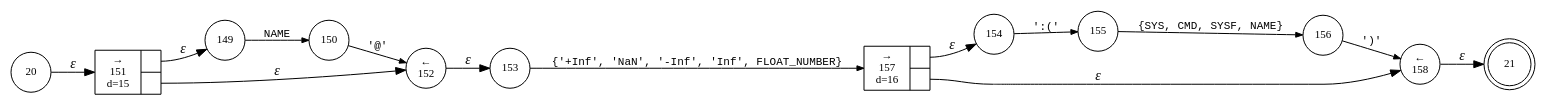
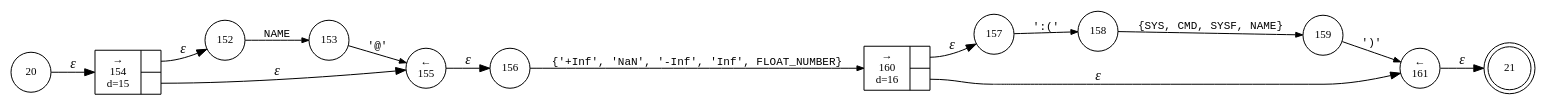
The diagram in internal/parser/Bund.float_term.dot (vulogov/Bund2), drawn with Graphviz before and after one commit. The commit also changed 205 other files, not shown here.

```diff
--- a/internal/parser/Bund.float_term.dot
+++ b/internal/parser/Bund.float_term.dot
@@ -1,28 +1,28 @@
 digraph ATN {
 rankdir=LR;
 s21[fontsize=11, label="21", shape=doublecircle, fixedsize=true, width=.6];
+s160[fontsize=11,label="{&rarr;\n160\nd=16|{<p0>|<p1>}}", shape=record, fixedsize=false, peripheries=1];
+s161[fontsize=11,label="&larr;\n161", shape=circle, fixedsize=true, width=.55, peripheries=1];
 s20[fontsize=11,label="20", shape=circle, fixedsize=true, width=.55, peripheries=1];
-s149[fontsize=11,label="149", shape=circle, fixedsize=true, width=.55, peripheries=1];
-s150[fontsize=11,label="150", shape=circle, fixedsize=true, width=.55, peripheries=1];
-s151[fontsize=11,label="{&rarr;\n151\nd=15|{<p0>|<p1>}}", shape=record, fixedsize=false, peripheries=1];
-s152[fontsize=11,label="&larr;\n152", shape=circle, fixedsize=true, width=.55, peripheries=1];
+s152[fontsize=11,label="152", shape=circle, fixedsize=true, width=.55, peripheries=1];
 s153[fontsize=11,label="153", shape=circle, fixedsize=true, width=.55, peripheries=1];
-s154[fontsize=11,label="154", shape=circle, fixedsize=true, width=.55, peripheries=1];
-s155[fontsize=11,label="155", shape=circle, fixedsize=true, width=.55, peripheries=1];
+s154[fontsize=11,label="{&rarr;\n154\nd=15|{<p0>|<p1>}}", shape=record, fixedsize=false, peripheries=1];
+s155[fontsize=11,label="&larr;\n155", shape=circle, fixedsize=true, width=.55, peripheries=1];
 s156[fontsize=11,label="156", shape=circle, fixedsize=true, width=.55, peripheries=1];
-s157[fontsize=11,label="{&rarr;\n157\nd=16|{<p0>|<p1>}}", shape=record, fixedsize=false, peripheries=1];
-s158[fontsize=11,label="&larr;\n158", shape=circle, fixedsize=true, width=.55, peripheries=1];
-s20 -> s151 [fontname="Times-Italic", label="&epsilon;"];
-s151:p0 -> s149 [fontname="Times-Italic", label="&epsilon;"];
-s151:p1 -> s152 [fontname="Times-Italic", label="&epsilon;"];
-s149 -> s150 [fontsize=11, fontname="Courier", arrowsize=.7, label = "NAME", arrowhead = normal];
-s152 -> s153 [fontname="Times-Italic", label="&epsilon;"];
-s150 -> s152 [fontsize=11, fontname="Courier", arrowsize=.7, label = "'@'", arrowhead = normal];
-s153 -> s157 [fontsize=11, fontname="Courier", arrowsize=.7, label = "{'+Inf', 'NaN', '-Inf', 'Inf', FLOAT_NUMBER}", arrowhead = normal];
-s157:p0 -> s154 [fontname="Times-Italic", label="&epsilon;"];
-s157:p1 -> s158 [fontname="Times-Italic", label="&epsilon;"];
-s154 -> s155 [fontsize=11, fontname="Courier", arrowsize=.7, label = "':('", arrowhead = normal];
-s158 -> s21 [fontname="Times-Italic", label="&epsilon;"];
-s155 -> s156 [fontsize=11, fontname="Courier", arrowsize=.7, label = "{SYS, CMD, SYSF, NAME}", arrowhead = normal];
-s156 -> s158 [fontsize=11, fontname="Courier", arrowsize=.7, label = "')'", arrowhead = normal];
+s157[fontsize=11,label="157", shape=circle, fixedsize=true, width=.55, peripheries=1];
+s158[fontsize=11,label="158", shape=circle, fixedsize=true, width=.55, peripheries=1];
+s159[fontsize=11,label="159", shape=circle, fixedsize=true, width=.55, peripheries=1];
+s20 -> s154 [fontname="Times-Italic", label="&epsilon;"];
+s154:p0 -> s152 [fontname="Times-Italic", label="&epsilon;"];
+s154:p1 -> s155 [fontname="Times-Italic", label="&epsilon;"];
+s152 -> s153 [fontsize=11, fontname="Courier", arrowsize=.7, label = "NAME", arrowhead = normal];
+s155 -> s156 [fontname="Times-Italic", label="&epsilon;"];
+s153 -> s155 [fontsize=11, fontname="Courier", arrowsize=.7, label = "'@'", arrowhead = normal];
+s156 -> s160 [fontsize=11, fontname="Courier", arrowsize=.7, label = "{'+Inf', 'NaN', '-Inf', 'Inf', FLOAT_NUMBER}", arrowhead = normal];
+s160:p0 -> s157 [fontname="Times-Italic", label="&epsilon;"];
+s160:p1 -> s161 [fontname="Times-Italic", label="&epsilon;"];
+s157 -> s158 [fontsize=11, fontname="Courier", arrowsize=.7, label = "':('", arrowhead = normal];
+s161 -> s21 [fontname="Times-Italic", label="&epsilon;"];
+s158 -> s159 [fontsize=11, fontname="Courier", arrowsize=.7, label = "{SYS, CMD, SYSF, NAME}", arrowhead = normal];
+s159 -> s161 [fontsize=11, fontname="Courier", arrowsize=.7, label = "')'", arrowhead = normal];
 }
```
